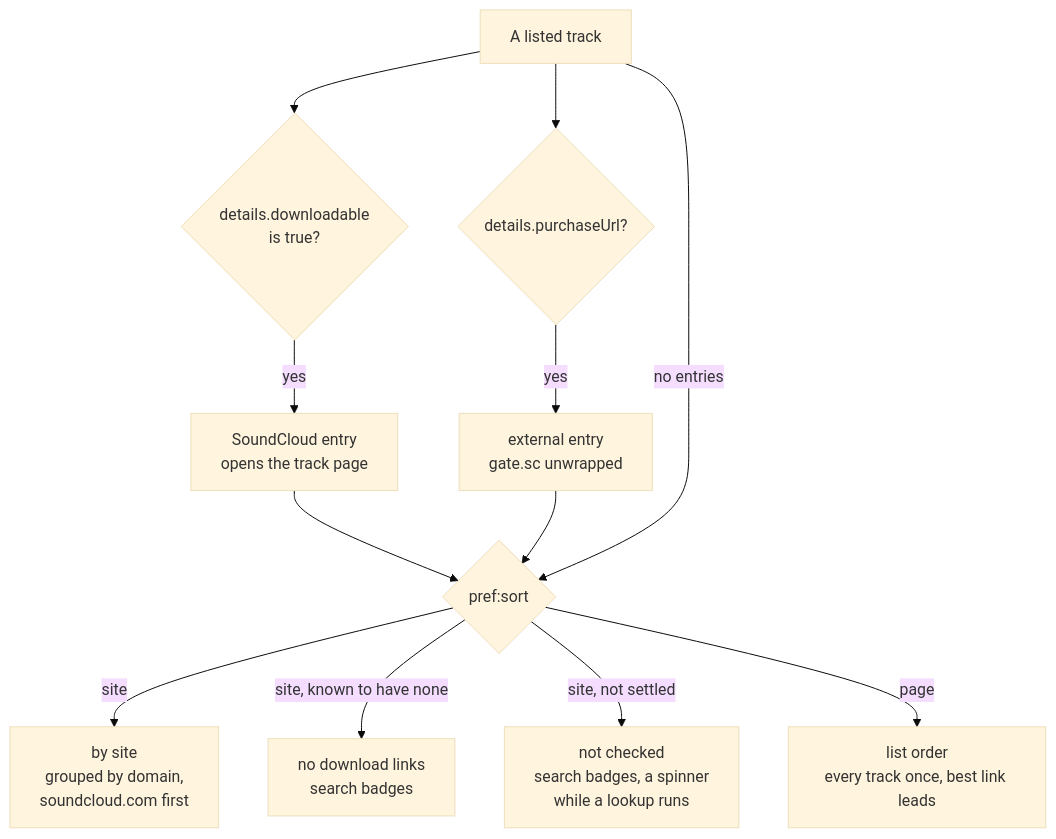
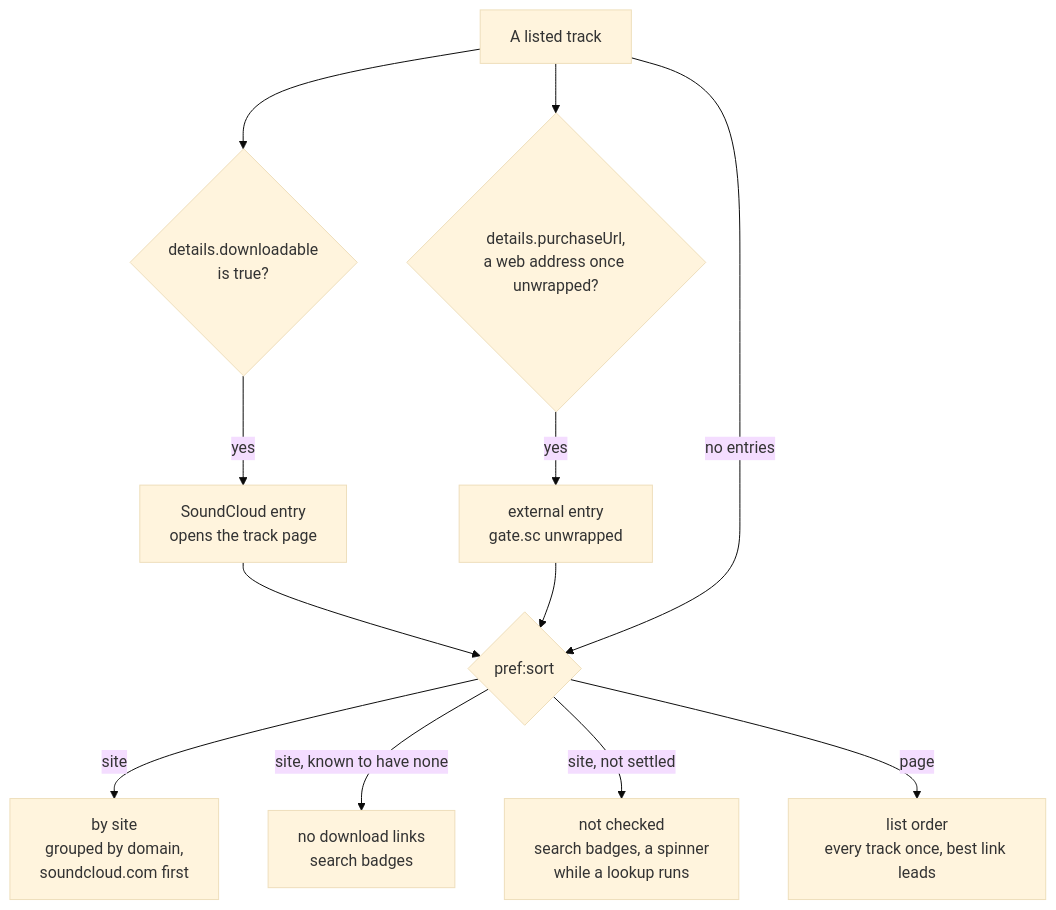
Before and after one commit to cutenode/localnetwork: the second of 5 diagrams in apps/localtoolbox/docs/diagrams/manager.md, drawn with Mermaid (base theme). The commit also changed 9 other files, not shown here.

````diff
--- a/apps/localtoolbox/docs/diagrams/manager.md
+++ b/apps/localtoolbox/docs/diagrams/manager.md
@@ -48,25 +48,25 @@
 ```mermaid
 flowchart TD
   Track["A listed track"]
   Dl{"details.downloadable<br/>is true?"}
   Sc["SoundCloud entry<br/>opens the track page"]
-  Buy{"details.purchaseUrl?"}
+  Buy{"details.purchaseUrl,<br/>a web address once unwrapped?"}
   Ext["external entry<br/>gate.sc unwrapped"]
   Sort{"pref:sort"}
   Site["by site<br/>grouped by domain,<br/>soundcloud.com first"]
   None["no download links<br/>search badges"]
   Unchecked["not checked<br/>search badges, a spinner<br/>while a lookup runs"]
   Order["list order<br/>every track once, best link leads"]
 
   Track --> Dl
   Dl -->|yes| Sc
   Track --> Buy
   Buy -->|yes| Ext
   Sc --> Sort
   Ext --> Sort
   Track -->|"no entries"| Sort
   Sort -->|site| Site
   Sort -->|"site, known to have none"| None
   Sort -->|"site, not settled"| Unchecked
   Sort -->|page| Order
 ```
````
